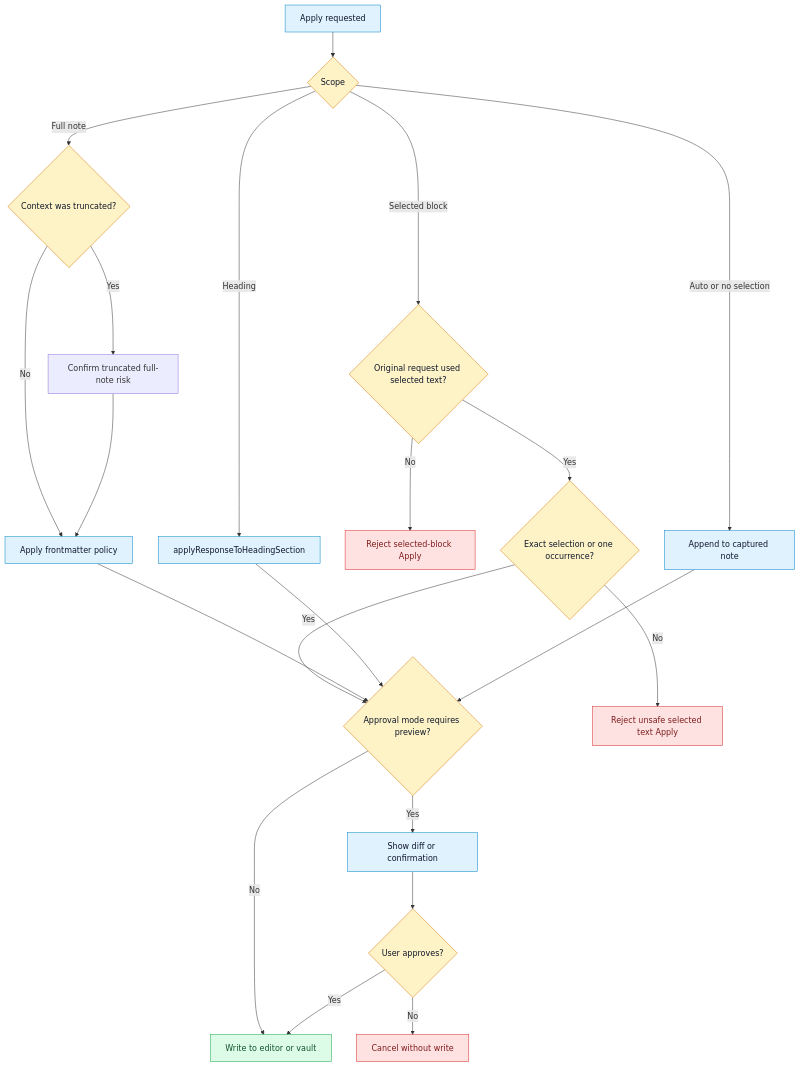
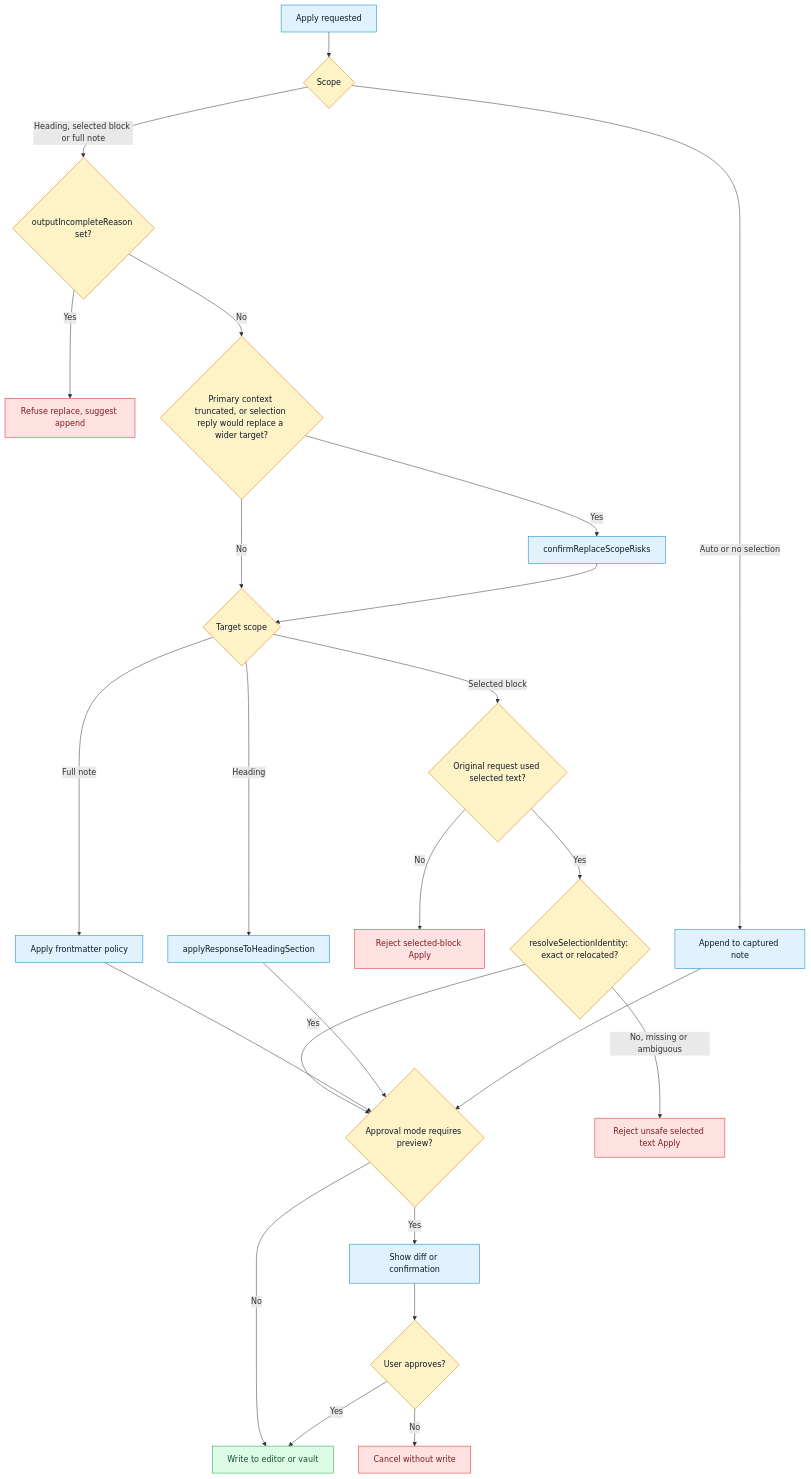
The second of 5 diagrams in DigVis/06-decision-trees.md (CodeWithBehnam/askmate), drawn with Mermaid before and after one commit. The commit also changed other lines of this file and 88 other files, not shown here.

````diff
--- a/DigVis/06-decision-trees.md
+++ b/DigVis/06-decision-trees.md
@@ -35,34 +35,37 @@
 ```mermaid
 flowchart TD
   Apply["Apply requested"] --> Scope{"Scope"}
-  Scope -- "Heading" --> Heading["applyResponseToHeadingSection"]
-  Scope -- "Selected block" --> SelectedSource{"Original request used selected text?"}
-  SelectedSource -- "Yes" --> ExactMatch{"Exact selection or one occurrence?"}
+  Scope -- "Heading, selected block or full note" --> Complete{"outputIncompleteReason set?"}
+  Complete -- "Yes" --> IncompleteError["Refuse replace, suggest append"]
+  Complete -- "No" --> Risk{"Primary context truncated, or selection reply would replace a wider target?"}
+  Risk -- "Yes" --> ConfirmRisk["confirmReplaceScopeRisks"]
+  Risk -- "No" --> Target{"Target scope"}
+  ConfirmRisk --> Target
+  Target -- "Heading" --> Heading["applyResponseToHeadingSection"]
+  Target -- "Selected block" --> SelectedSource{"Original request used selected text?"}
+  SelectedSource -- "Yes" --> ExactMatch{"resolveSelectionIdentity: exact or relocated?"}
   SelectedSource -- "No" --> SelectedError["Reject selected-block Apply"]
   ExactMatch -- "Yes" --> Preview{"Approval mode requires preview?"}
-  ExactMatch -- "No" --> MatchError["Reject unsafe selected text Apply"]
+  ExactMatch -- "No, missing or ambiguous" --> MatchError["Reject unsafe selected text Apply"]
   Scope -- "Auto or no selection" --> Append["Append to captured note"]
-  Scope -- "Full note" --> Truncated{"Context was truncated?"}
-  Truncated -- "Yes" --> ConfirmTrunc["Confirm truncated full-note risk"]
-  Truncated -- "No" --> Frontmatter["Apply frontmatter policy"]
-  ConfirmTrunc --> Frontmatter
+  Target -- "Full note" --> Frontmatter["Apply frontmatter policy"]
   Frontmatter --> Preview
   Heading --> Preview
   Append --> Preview
   Preview -- "Yes" --> Diff["Show diff or confirmation"]
   Preview -- "No" --> Write["Write to editor or vault"]
   Diff --> UserChoice{"User approves?"}
   UserChoice -- "Yes" --> Write
   UserChoice -- "No" --> Cancel["Cancel without write"]
 
   classDef start fill:#E0F2FE,stroke:#0284C7,color:#0F172A
   classDef decision fill:#FEF3C7,stroke:#D97706,color:#0F172A
   classDef yes fill:#DCFCE7,stroke:#16A34A,color:#14532D
   classDef no fill:#FEE2E2,stroke:#DC2626,color:#7F1D1D
   classDef store fill:#FFEDD5,stroke:#EA580C,color:#7C2D12
 
-  class Apply,Heading,Append,Frontmatter,Diff start
-  class Scope,SelectedSource,ExactMatch,Preview,Truncated,UserChoice decision
+  class Apply,Heading,Append,Frontmatter,Diff,ConfirmRisk start
+  class Scope,Complete,Risk,Target,SelectedSource,ExactMatch,Preview,UserChoice decision
   class Write yes
-  class SelectedError,MatchError,Cancel no
+  class SelectedError,MatchError,IncompleteError,Cancel no
 ```
````
